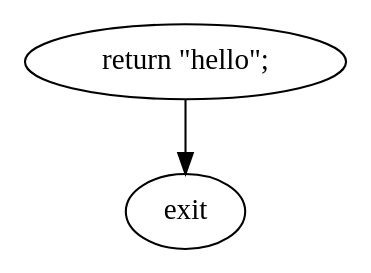
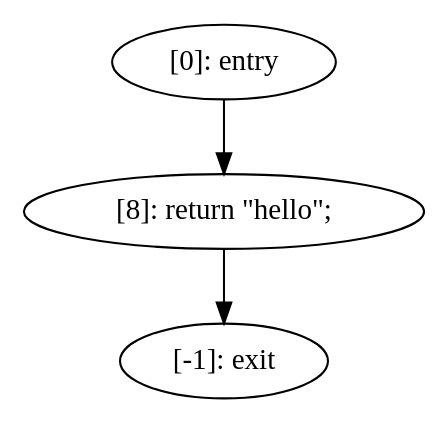
Before and after one commit to Shoreray/JsRetest: the diagram in JsRetest/jsTests/dotFiles/simple.js.1.dot, drawn with Graphviz. The commit also changed 236 other files, not shown here.

```diff
--- a/JsRetest/jsTests/dotFiles/simple.js.1.dot
+++ b/JsRetest/jsTests/dotFiles/simple.js.1.dot
@@ -1,5 +1,7 @@
 digraph {
-"0" [label="exit"] 
-"1" [label="return \"hello\";\n"] 
-"1" -> "0" [label=""] 
+"0" [label="[-1]: exit"] 
+"1" [label="[0]: entry"] 
+"2" [label="[8]: return \"hello\";\n"] 
+"1" -> "2" [label=""] 
+"2" -> "0" [label=""] 
 }
```
